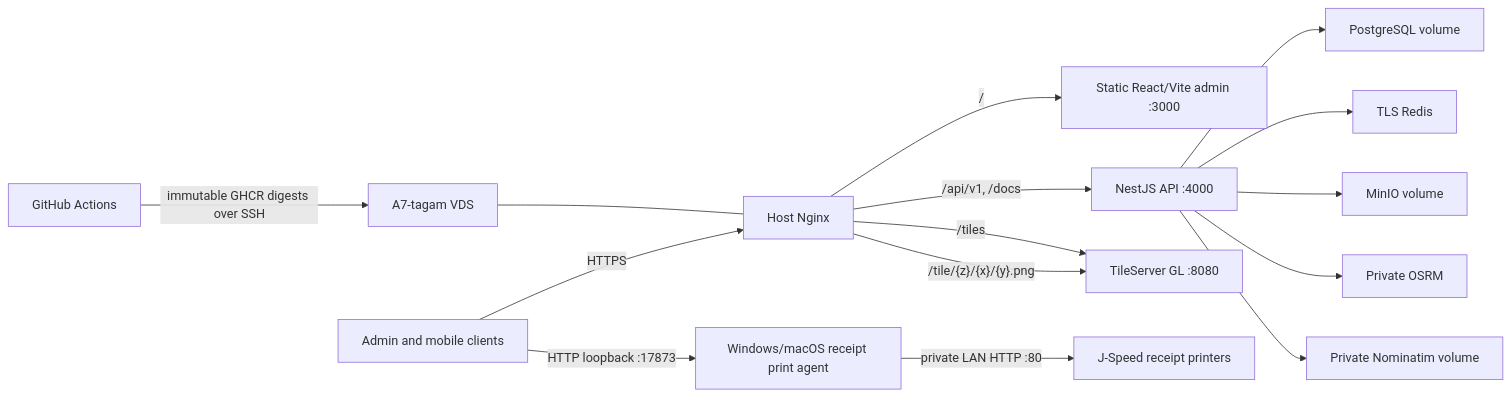
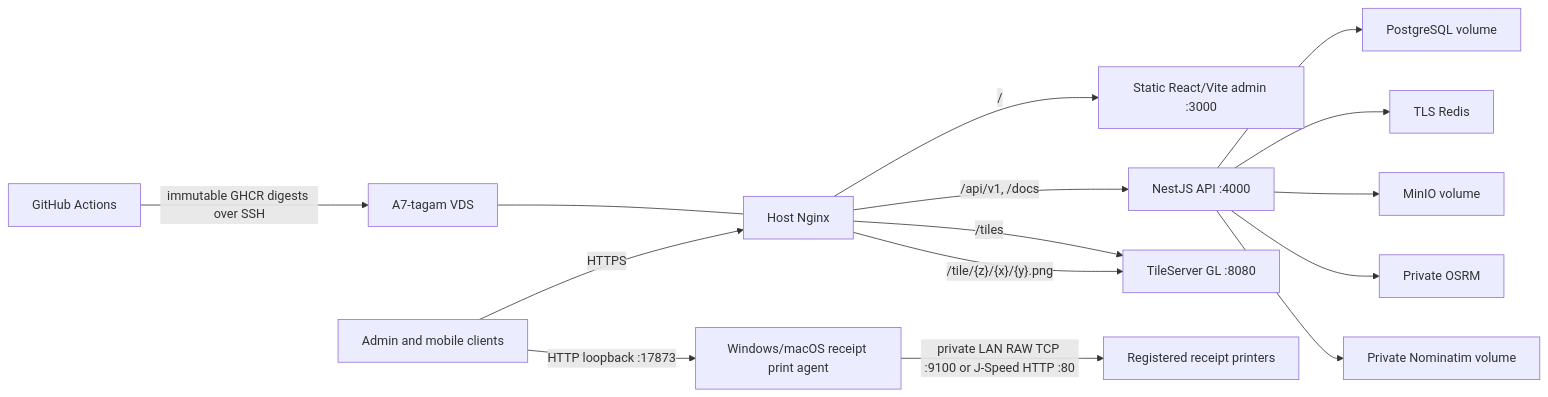
Before and after one commit to Dadebay/Backend_Admin_panel_alow_alow: the diagram in docs/INFRASTRUCTURE.md, drawn with Mermaid. The commit also changed 54 other files, not shown here.

Commit message:
feat(operations): simplify orders and register receipt printers

````diff
--- a/docs/INFRASTRUCTURE.md
+++ b/docs/INFRASTRUCTURE.md
@@ -37,17 +37,17 @@
 ```mermaid
 flowchart LR
   U["Admin and mobile clients"] -->|"HTTPS"| N["Host Nginx"]
   N -->|"/"| A["Static React/Vite admin :3000"]
   N -->|"/api/v1, /docs"| API["NestJS API :4000"]
   N -->|"/tile/{z}/{x}/{y}.png"| T
   N -->|"/tiles"| T["TileServer GL :8080"]
   API --> PG["PostgreSQL volume"]
   API --> R["TLS Redis"]
   API --> S3["MinIO volume"]
   API --> O["Private OSRM"]
   API --> GEO["Private Nominatim volume"]
   GH["GitHub Actions"] -->|"immutable GHCR digests over SSH"| VDS["A7-tagam VDS"]
   VDS --- N
   U -->|"HTTP loopback :17873"| PA["Windows/macOS receipt print agent"]
-  PA -->|"private LAN HTTP :80"| RP["J-Speed receipt printers"]
+  PA -->|"private LAN RAW TCP :9100 or J-Speed HTTP :80"| RP["Registered receipt printers"]
 ```
````
